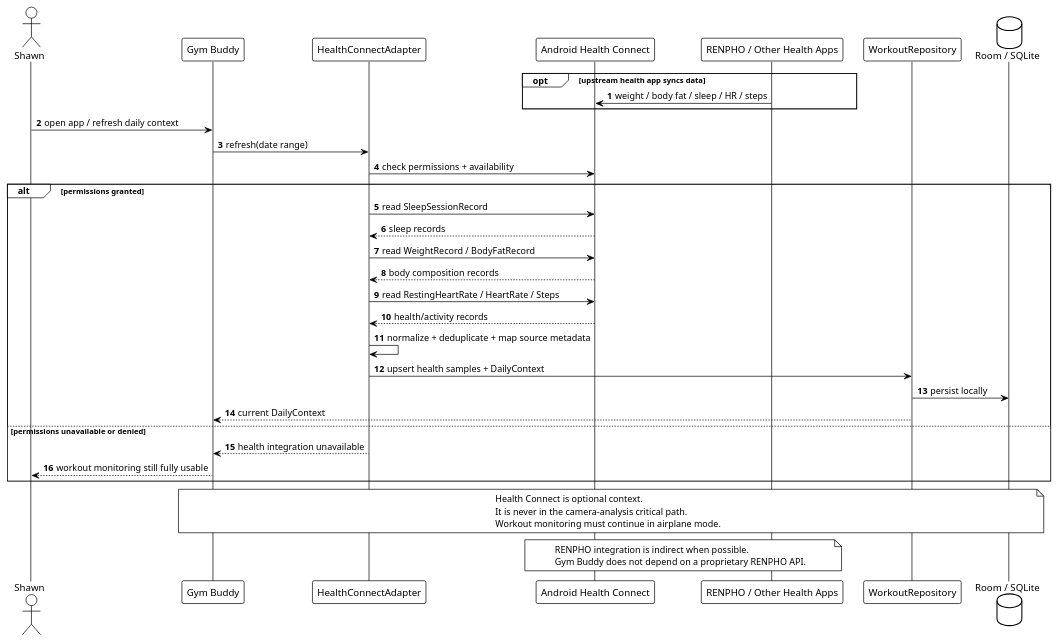
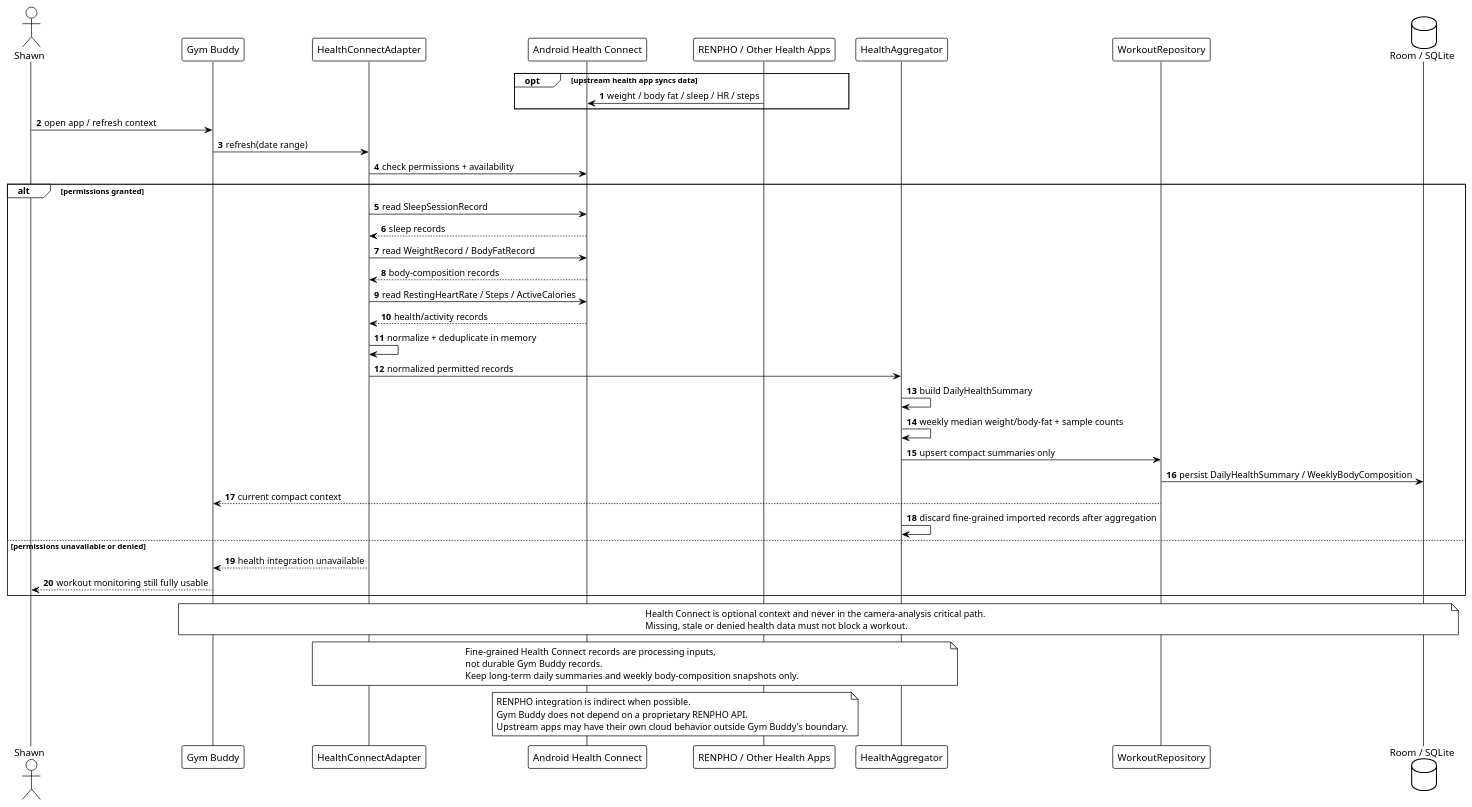
Before and after one commit to lazerta/gym-buddy: the diagram in docs/uml/05-health-connect-sequence.puml, drawn with PlantUML.

Commit message:
UML v0.4: aggregate Health Connect data without long-term raw duplication

```diff
--- a/docs/uml/05-health-connect-sequence.puml
+++ b/docs/uml/05-health-connect-sequence.puml
@@ -1,49 +1,60 @@
 @startuml
 !theme plain
 skinparam shadowing false
 
 autonumber
 actor Shawn
 participant "Gym Buddy" as App
 participant "HealthConnectAdapter" as Adapter
 participant "Android Health Connect" as HC
 participant "RENPHO / Other Health Apps" as Source
+participant "HealthAggregator" as Agg
 participant "WorkoutRepository" as Repo
 database "Room / SQLite" as DB
 
 opt upstream health app syncs data
   Source -> HC : weight / body fat / sleep / HR / steps
 end
 
-Shawn -> App : open app / refresh daily context
+Shawn -> App : open app / refresh context
 App -> Adapter : refresh(date range)
 Adapter -> HC : check permissions + availability
 
 alt permissions granted
   Adapter -> HC : read SleepSessionRecord
   HC --> Adapter : sleep records
   Adapter -> HC : read WeightRecord / BodyFatRecord
-  HC --> Adapter : body composition records
-  Adapter -> HC : read RestingHeartRate / HeartRate / Steps
+  HC --> Adapter : body-composition records
+  Adapter -> HC : read RestingHeartRate / Steps / ActiveCalories
   HC --> Adapter : health/activity records
-  Adapter -> Adapter : normalize + deduplicate + map source metadata
-  Adapter -> Repo : upsert health samples + DailyContext
-  Repo -> DB : persist locally
-  Repo --> App : current DailyContext
+  Adapter -> Adapter : normalize + deduplicate in memory
+  Adapter -> Agg : normalized permitted records
+  Agg -> Agg : build DailyHealthSummary
+  Agg -> Agg : weekly median weight/body-fat + sample counts
+  Agg -> Repo : upsert compact summaries only
+  Repo -> DB : persist DailyHealthSummary / WeeklyBodyComposition
+  Repo --> App : current compact context
+  Agg -> Agg : discard fine-grained imported records after aggregation
 else permissions unavailable or denied
   Adapter --> App : health integration unavailable
   App --> Shawn : workout monitoring still fully usable
 end
 
 note over App,DB
-Health Connect is optional context.
-It is never in the camera-analysis critical path.
-Workout monitoring must continue in airplane mode.
+Health Connect is optional context and never in the camera-analysis critical path.
+Missing, stale or denied health data must not block a workout.
+end note
+
+note over Adapter,Agg
+Fine-grained Health Connect records are processing inputs,
+not durable Gym Buddy records.
+Keep long-term daily summaries and weekly body-composition snapshots only.
 end note
 
 note over Source,HC
 RENPHO integration is indirect when possible.
 Gym Buddy does not depend on a proprietary RENPHO API.
+Upstream apps may have their own cloud behavior outside Gym Buddy's boundary.
 end note
 
 @enduml
```
